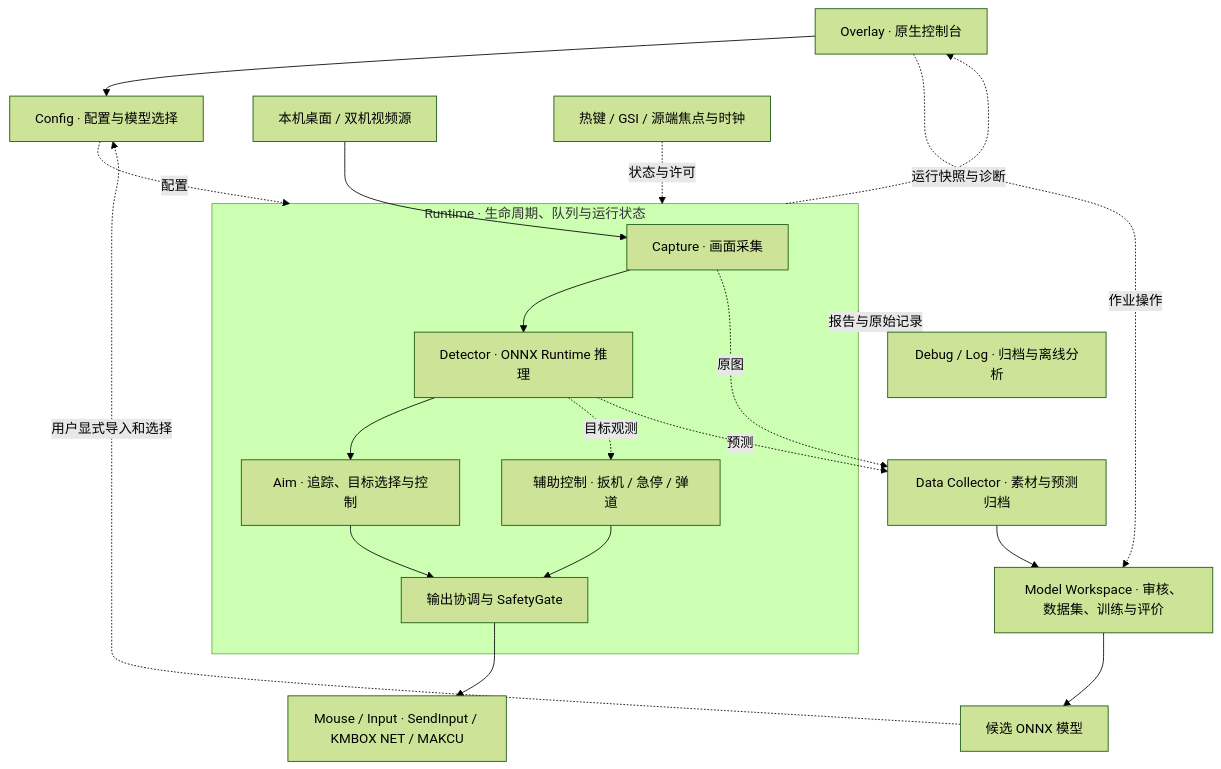
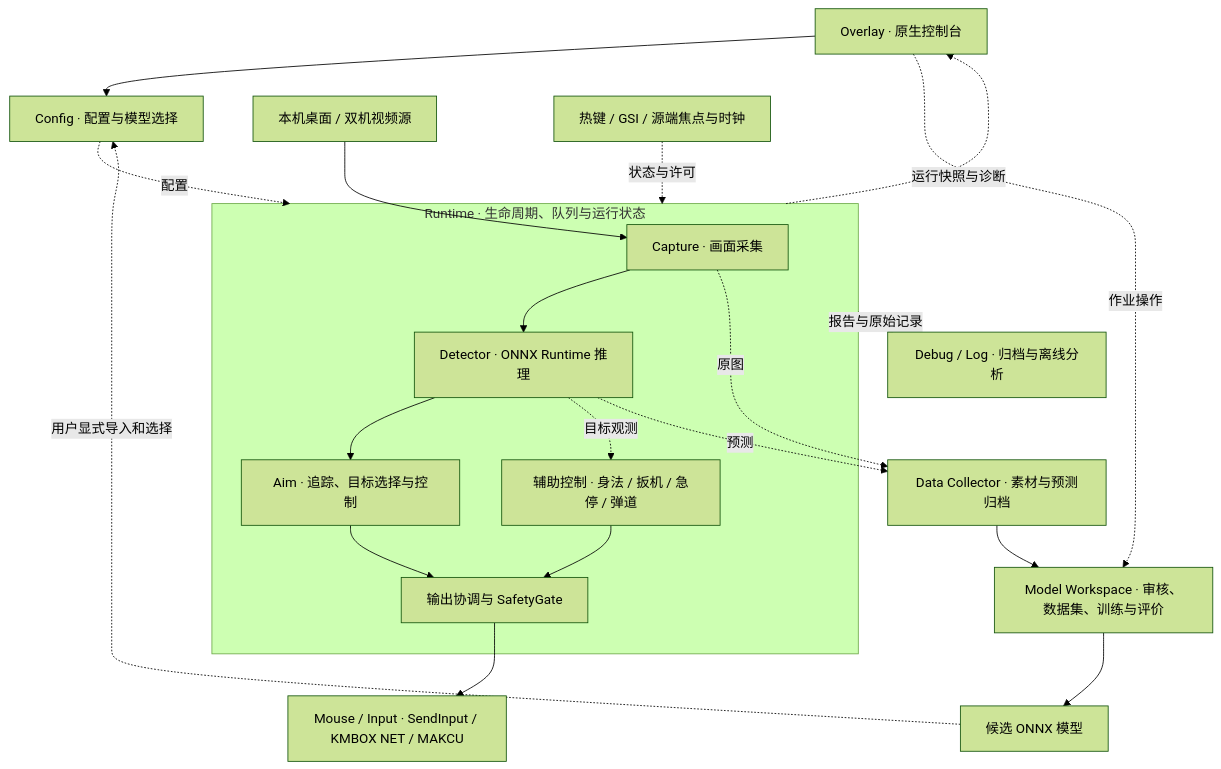
One commit to hpsazz1/Xen changed the second of 2 diagrams in README.md. Above: the diagram before and after it, drawn with Mermaid (forest theme). The commit also changed other lines of this file and 89 other files, not shown here.

````diff
--- a/README.md
+++ b/README.md
@@ -179,30 +212,30 @@
 ```mermaid
 flowchart TB
     UI["Overlay · 原生控制台"]
     CFG["Config · 配置与模型选择"]
     SRC["本机桌面 / 双机视频源"]
     CTX["热键 / GSI / 源端焦点与时钟"]
 
     subgraph RT["Runtime · 生命周期、队列与运行状态"]
         CAP["Capture · 画面采集"] --> DET["Detector · ONNX Runtime 推理"]
         DET --> AIM["Aim · 追踪、目标选择与控制"]
         AIM --> GATE["输出协调与 SafetyGate"]
-        AUX["辅助控制 · 扳机 / 急停 / 弹道"] --> GATE
+        AUX["辅助控制 · 身法 / 扳机 / 急停 / 弹道"] --> GATE
         DET -.目标观测.-> AUX
     end
 
     SRC --> CAP
     UI --> CFG
     CFG -.配置.-> RT
     CTX -.状态与许可.-> RT
     GATE --> OUT["Mouse / Input · SendInput / KMBOX NET / MAKCU"]
     RT -.运行快照与诊断.-> UI
     RT -.报告与原始记录.-> REPORT["Debug / Log · 归档与离线分析"]
 
     CAP -.原图.-> DATA["Data Collector · 素材与预测归档"]
     DET -.预测.-> DATA
     DATA --> WORK["Model Workspace · 审核、数据集、训练与评价"]
     UI -.作业操作.-> WORK
     WORK --> MODEL["候选 ONNX 模型"]
     MODEL -.用户显式导入和选择.-> CFG
 ```
````
